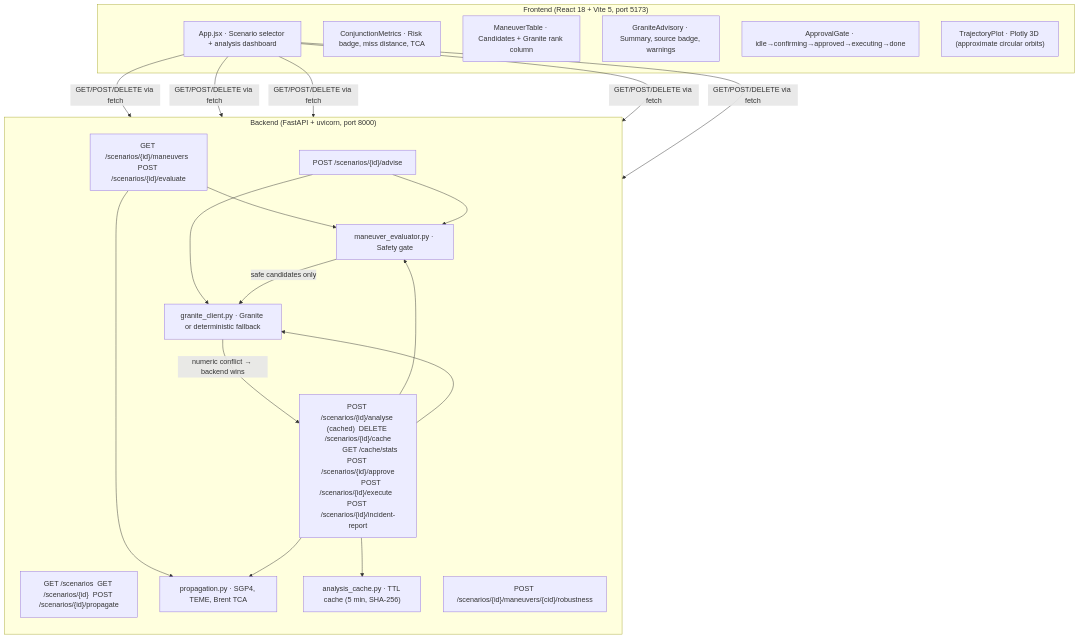
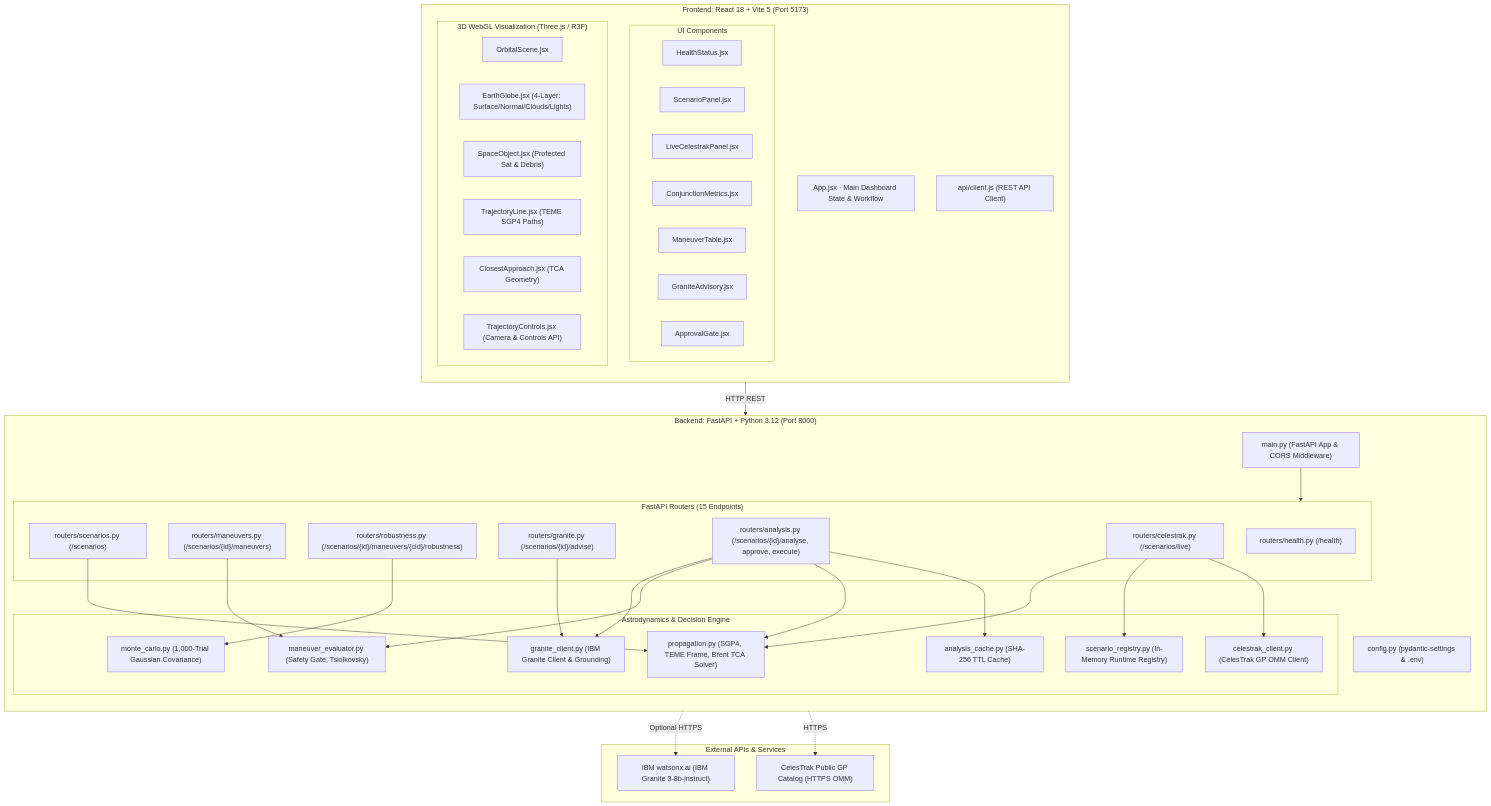
One commit to MuskanEjaz/CollisionGuard-AI changed the second of 2 diagrams in README.md. Above: the diagram before and after it, drawn with Mermaid. The commit also changed other lines of this file and 51 other files, not shown here.

Commit message:
Finalize UI, Earth visualization, README, and evidence package

````diff
--- a/README.md
+++ b/README.md
@@ -160,34 +211,67 @@
 ```mermaid
-flowchart TD
-    subgraph Frontend["Frontend (React 18 + Vite 5, port 5173)"]
-        UI["App.jsx · Scenario selector + analysis dashboard"]
-        CM["ConjunctionMetrics · Risk badge, miss distance, TCA"]
-        MT["ManeuverTable · Candidates + Granite rank column"]
-        GA["GraniteAdvisory · Summary, source badge, warnings"]
-        AG["ApprovalGate · idle→confirming→approved→executing→done"]
-        TP["TrajectoryPlot · Plotly 3D (approximate circular orbits)"]
+graph TB
+    subgraph FrontendApp["Frontend: React 18 + Vite 5 (Port 5173)"]
+        direction TB
+        AppUI["App.jsx · Main Dashboard State & Workflow"]
+        subgraph UIComponents["UI Components"]
+            HS["HealthStatus.jsx"]
+            SP["ScenarioPanel.jsx"]
+            LP["LiveCelestrakPanel.jsx"]
+            CM["ConjunctionMetrics.jsx"]
+            MT["ManeuverTable.jsx"]
+            GA["GraniteAdvisory.jsx"]
+            AG["ApprovalGate.jsx"]
+        end
+        subgraph ThreeScene["3D WebGL Visualization (Three.js / R3F)"]
+            OS["OrbitalScene.jsx"]
+            EG["EarthGlobe.jsx (4-Layer: Surface/Normal/Clouds/Lights)"]
+            SO["SpaceObject.jsx (Protected Sat & Debris)"]
+            TL["TrajectoryLine.jsx (TEME SGP4 Paths)"]
+            CA["ClosestApproach.jsx (TCA Geometry)"]
+            TC["TrajectoryControls.jsx (Camera & Controls API)"]
+        end
+        ApiClient["api/client.js (REST API Client)"]
     end
 
-    subgraph Backend["Backend (FastAPI + uvicorn, port 8000)"]
+    subgraph BackendAPI["Backend: FastAPI + Python 3.12 (Port 8000)"]
         direction TB
-        RT_S["GET /scenarios  GET /scenarios/{id}  POST /scenarios/{id}/propagate"]
-        RT_M["GET /scenarios/{id}/maneuvers  POST /scenarios/{id}/evaluate"]
-        RT_R["POST /scenarios/{id}/maneuvers/{cid}/robustness"]
-        RT_G["POST /scenarios/{id}/advise"]
-        RT_A["POST /scenarios/{id}/analyse (cached)  DELETE /scenarios/{id}/cache
-              GET /cache/stats  POST /scenarios/{id}/approve
-              POST /scenarios/{id}/execute  POST /scenarios/{id}/incident-report"]
-
-        PROP["propagation.py · SGP4, TEME, Brent TCA"]
-        EVAL["maneuver_evaluator.py · Safety gate"]
-        GC["granite_client.py · Granite or deterministic fallback"]
-        CACHE["analysis_cache.py · TTL cache (5 min, SHA-256)"]
+        MainApp["main.py (FastAPI App & CORS Middleware)"]
+        Config["config.py (pydantic-settings & .env)"]
+        
+        subgraph Routers["FastAPI Routers (15 Endpoints)"]
+            R_Health["routers/health.py (/health)"]
+            R_Scenarios["routers/scenarios.py (/scenarios)"]
+            R_Maneuvers["routers/maneuvers.py (/scenarios/{id}/maneuvers)"]
+            R_Robust["routers/robustness.py (/scenarios/{id}/maneuvers/{cid}/robustness)"]
+            R_Granite["routers/granite.py (/scenarios/{id}/advise)"]
+            R_Analysis["routers/analysis.py (/scenarios/{id}/analyse, approve, execute)"]
+            R_Celestrak["routers/celestrak.py (/scenarios/live)"]
+        end
+        
+        subgraph CoreEngine["Astrodynamics & Decision Engine"]
+            PropEngine["propagation.py (SGP4, TEME Frame, Brent TCA Solver)"]
+            ManeuverEval["maneuver_evaluator.py (Safety Gate, Tsiolkovsky)"]
+            MonteCarlo["monte_carlo.py (1,000-Trial Gaussian Covariance)"]
+            GraniteClient["granite_client.py (IBM Granite Client & Grounding)"]
+            CelestrakClient["celestrak_client.py (CelesTrak GP OMM Client)"]
+            AnalysisCache["analysis_cache.py (SHA-256 TTL Cache)"]
+            ScenarioReg["scenario_registry.py (In-Memory Runtime Registry)"]
+        end
     end
 
-    UI -- "GET/POST/DELETE via fetch" --> RT_S & RT_M & RT_R & RT_G & RT_A
-    RT_M --> PROP & EVAL
-    RT_G --> EVAL & GC
-    RT_A --> CACHE & PROP & EVAL & GC
-    EVAL -->|"safe candidates only"| GC
-    GC -->|"numeric conflict → backend wins"| RT_A
+    subgraph ExternalServices["External APIs & Services"]
+        Watsonx["IBM watsonx.ai (IBM Granite 3-8b-instruct)"]
+        CelesTrak["CelesTrak Public GP Catalog (HTTPS OMM)"]
+    end
+
+    ApiClient -->|HTTP REST| MainApp
+    MainApp --> Routers
+    R_Scenarios --> PropEngine
+    R_Maneuvers --> ManeuverEval
+    R_Robust --> MonteCarlo
+    R_Granite --> GraniteClient
+    R_Analysis --> AnalysisCache & PropEngine & ManeuverEval & GraniteClient
+    R_Celestrak --> CelestrakClient & ScenarioReg & PropEngine
+    GraniteClient -.->|Optional HTTPS| Watsonx
+    CelestrakClient -.->|HTTPS| CelesTrak
 ```
````
